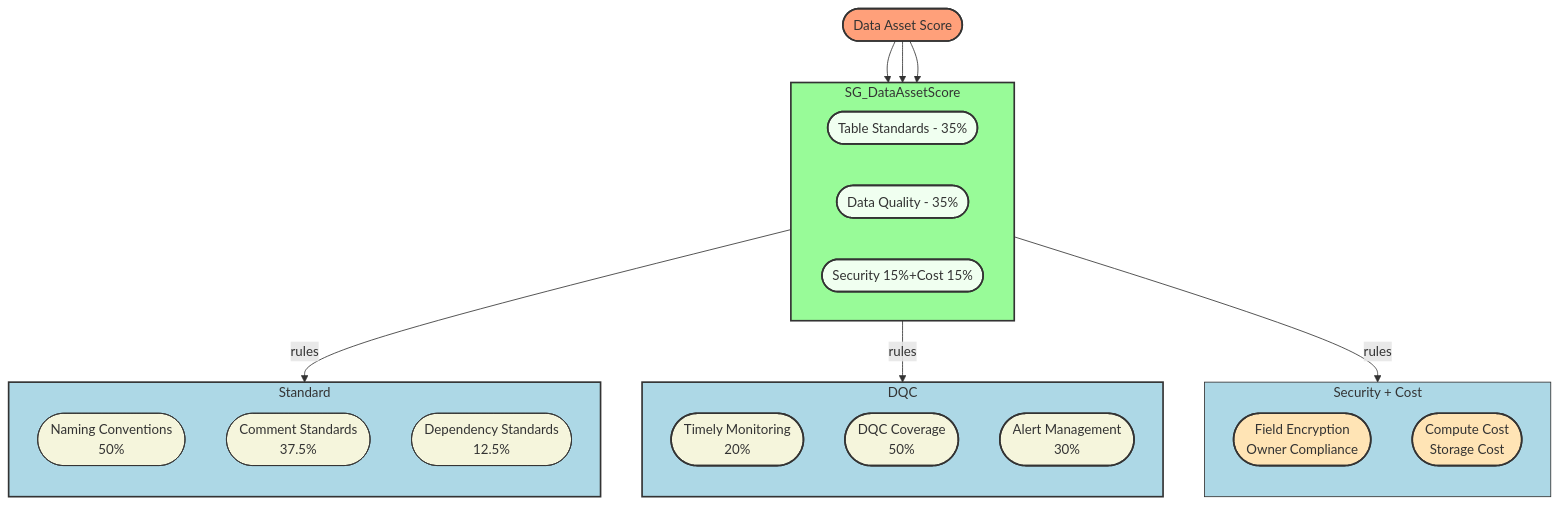
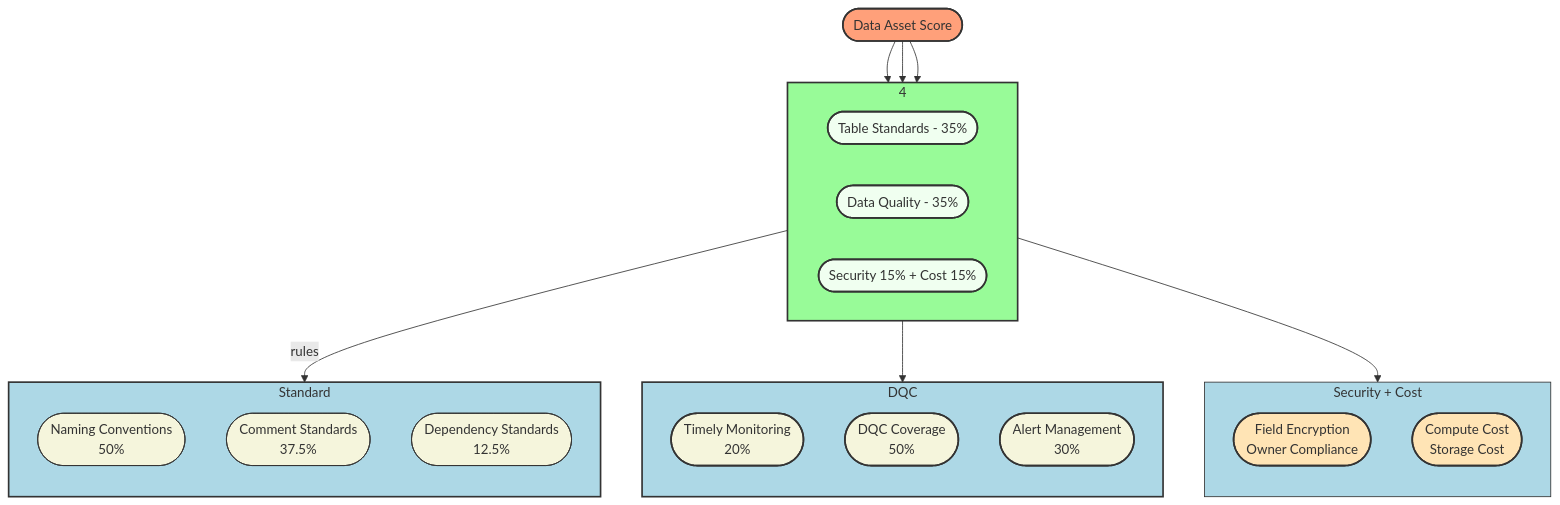
One commit to blaire101/data-warehouse-solutions changed the first of 5 diagrams in README.md. Above: the diagram before and after it, drawn with Mermaid. The commit also changed other lines of this file, not shown here.

````diff
--- a/README.md
+++ b/README.md
@@ -19,52 +19,52 @@
 ```mermaid
 flowchart TD
- subgraph SG_DataAssetScore
+ subgraph SG_DataAssetScore["4"]
     direction LR
         DAS_A(["Table Standards - 35%"])
         DAS_B(["Data Quality - 35%"])
-        DAS_C(["Security 15%+Cost 15%"])
+        DAS_C(["Security 15% + Cost 15%"])
   end
  subgraph DAS_SECO["Security + Cost"]
     direction TB
         SECO_A(["Field Encryption <br>Owner Compliance"])
         SECO_B(["Compute Cost <br>Storage Cost"])
   end
  subgraph DAS_DataQuality["DQC"]
     direction TB
         DQ_A(["Timely Monitoring <br>20%"])
         DQ_B(["DQC Coverage <br>50%"])
         DQ_C(["Alert Management <br>30%"])
   end
  subgraph DAS_Standard["Standard"]
     direction TB
         ST_A(["Naming Conventions <br>50%"])
         ST_B(["Comment Standards <br>37.5%"])
         ST_C(["Dependency Standards <br>12.5%"])
   end
     DAS(["Data Asset Score"]) --> DAS_A & DAS_B & DAS_C
     DAS_A -- rules --> DAS_Standard
-    DAS_B -- rules --> DAS_DataQuality
-    DAS_C -- rules --> DAS_SECO
+    DAS_B --> DAS_DataQuality
+    DAS_C --> DAS_SECO
     style DAS_A fill:#F0FFF0,stroke:#333,stroke-width:2px
     style DAS_B fill:#F0FFF0,stroke:#333,stroke-width:2px
     style DAS_C fill:#F0FFF0,stroke:#333,stroke-width:2px
     style SECO_A fill:#FFE4B5,stroke:#333,stroke-width:2px
     style SECO_B fill:#FFE4B5,stroke:#333,stroke-width:2px
     style DQ_A fill:#F5F5DC,stroke:#333,stroke-width:2px
     style DQ_B fill:#F5F5DC,stroke:#333,stroke-width:2px
     style DQ_C fill:#F5F5DC,stroke:#333,stroke-width:2px
     style ST_A fill:#F5F5DC,stroke:#333,stroke-width:1px
     style ST_B fill:#F5F5DC,stroke:#333,stroke-width:1px
     style ST_C fill:#F5F5DC,stroke:#333,stroke-width:1px
     style DAS fill:#FFA07A,stroke:#333,stroke-width:2px
     style DAS_Standard fill:#ADD8E6,stroke:#333,stroke-width:2px
     style DAS_DataQuality fill:#ADD8E6,stroke:#333,stroke-width:2px
     style DAS_SECO fill:#ADD8E6,stroke:#333,stroke-width:1px
     style SG_DataAssetScore fill:#98FB98,stroke:#333,stroke-width:2px
     linkStyle 0 stroke:#333,stroke-width:1px,fill:none
     linkStyle 1 stroke:#333,stroke-width:1px,fill:none
     linkStyle 2 stroke:#333,stroke-width:1px,fill:none
     linkStyle 3 stroke:#333,stroke-width:1px,fill:none
     linkStyle 4 stroke:#333,stroke-width:1px,fill:none
     linkStyle 5 stroke:#333,stroke-width:1px,fill:none
 ```
````
